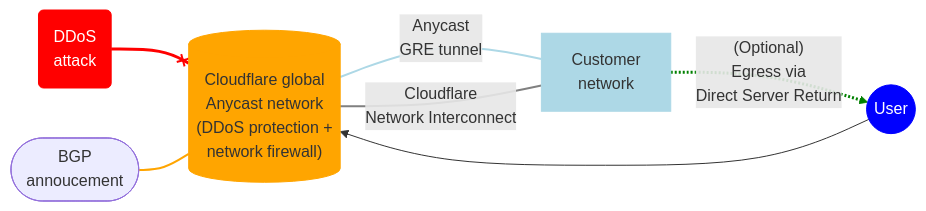
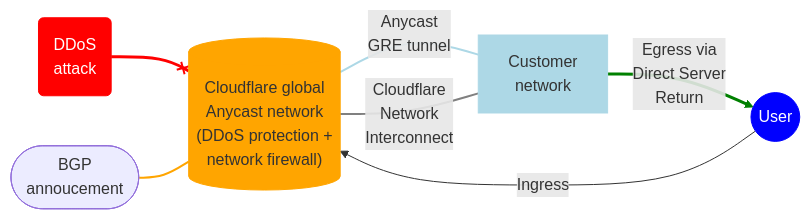
Before and after one commit to cloudflare/cloudflare-docs: the diagram in content/magic-transit/about.md, drawn with Mermaid. The commit also changed other lines of this file, not shown here.

Commit message:
refined text

````diff
--- a/content/magic-transit/about.md
+++ b/content/magic-transit/about.md
@@ -21,28 +21,28 @@
 ```mermaid
 flowchart LR
 accTitle: Magic Transit
 accDescr: Diagram showing how Magic Transit protects traffic on the customer's network.
 
 A(DDoS <br> attack)
 B[("Cloudflare global <br> Anycast network <br> (DDoS protection + <br> network firewall)")]
 C[Customer <br> network]
 D((User))
 E([BGP <br> annoucement])
 
 A --x B
 E --- B
 B-- Anycast <br> GRE tunnel ---C
-B-- Cloudflare <br> Network Interconnect ---C
-C-. "(Optional) <br> Egress via <br> Direct Server Return" .-> D
-D --> B
+B-- Cloudflare <br> Network <br> Interconnect ---C
+C-- Egress via <br> Direct Server <br> Return --> D
+D -- Ingress --> B
 
 style A stroke: red,fill: red,color: white
 style B stroke: orange,fill: orange
 style C stroke: #ADD8E6,fill: #ADD8E6
 style D stroke: blue,fill: blue,color: white
 linkStyle 0 stroke-width:3px,stroke:red
 linkStyle 1 stroke-width:2px,stroke:orange
 linkStyle 2 stroke-width:2px,stroke:#ADD8E6
 linkStyle 3 stroke-width:2px,stroke:gray
 linkStyle 4 stroke-width:3px,stroke:green
 ```
````
